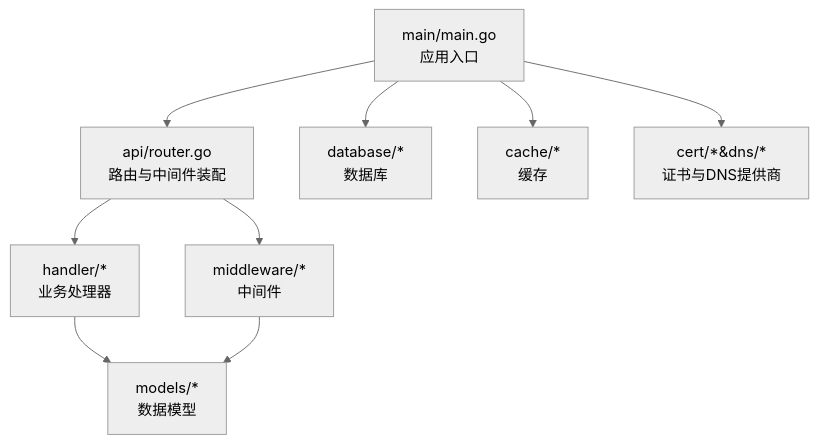
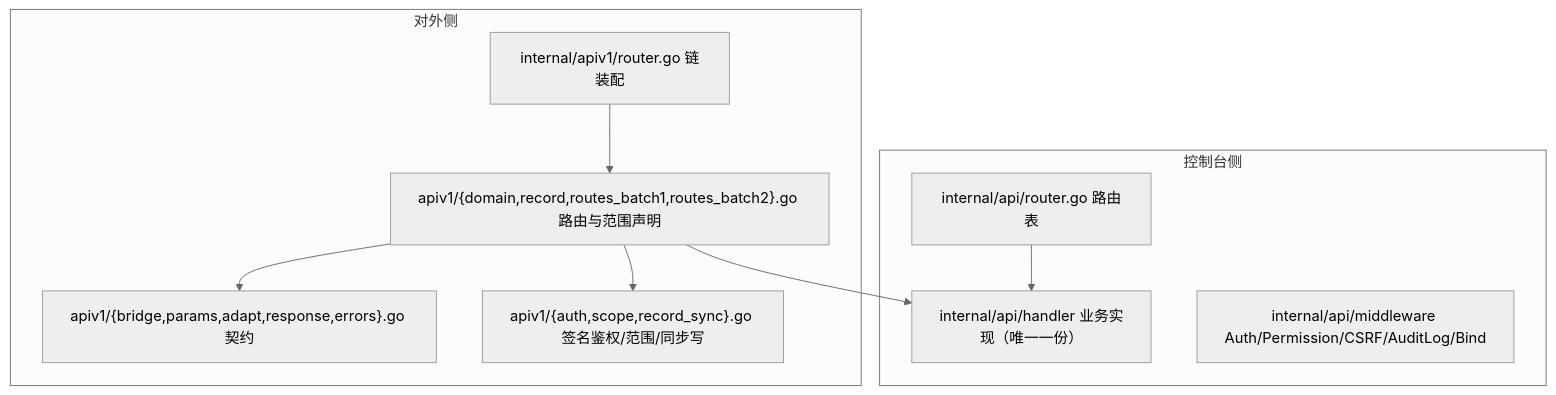
One commit to x01n/dnsplane changed the first of 6 diagrams in docs/后端开发指南/API开发.md. Above: the diagram before and after it, drawn with Mermaid (neutral theme). The commit also changed other lines of this file and 326 other files, not shown here.

````diff
--- a/docs/后端开发指南/API开发.md
+++ b/docs/后端开发指南/API开发.md
@@ -44,11 +70,19 @@
 ```mermaid
 graph TB
-A["main/main.go<br/>应用入口"] --> B["api/router.go<br/>路由与中间件装配"]
-B --> C["handler/*<br/>业务处理器"]
-B --> D["middleware/*<br/>中间件"]
-C --> E["models/*<br/>数据模型"]
-D --> E
-A --> F["database/*<br/>数据库"]
-A --> G["cache/*<br/>缓存"]
-A --> H["cert/*&dns/*<br/>证书与DNS提供商"]
+subgraph Console["控制台侧"]
+CR["internal/api/router.go 路由表"]
+CH["internal/api/handler 业务实现（唯一一份）"]
+CM["internal/api/middleware Auth/Permission/CSRF/AuditLog/Bind"]
+end
+subgraph Open["对外侧"]
+VR["internal/apiv1/router.go 链装配"]
+VG["apiv1/{domain,record,routes_batch1,routes_batch2}.go 路由与范围声明"]
+VB["apiv1/{bridge,params,adapt,response,errors}.go 契约"]
+VS["apiv1/{auth,scope,record_sync}.go 签名鉴权/范围/同步写"]
+end
+CR --> CH
+VR --> VG
+VG --> CH
+VG --> VB
+VG --> VS
 ```
````
